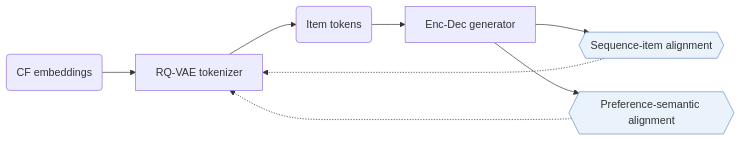
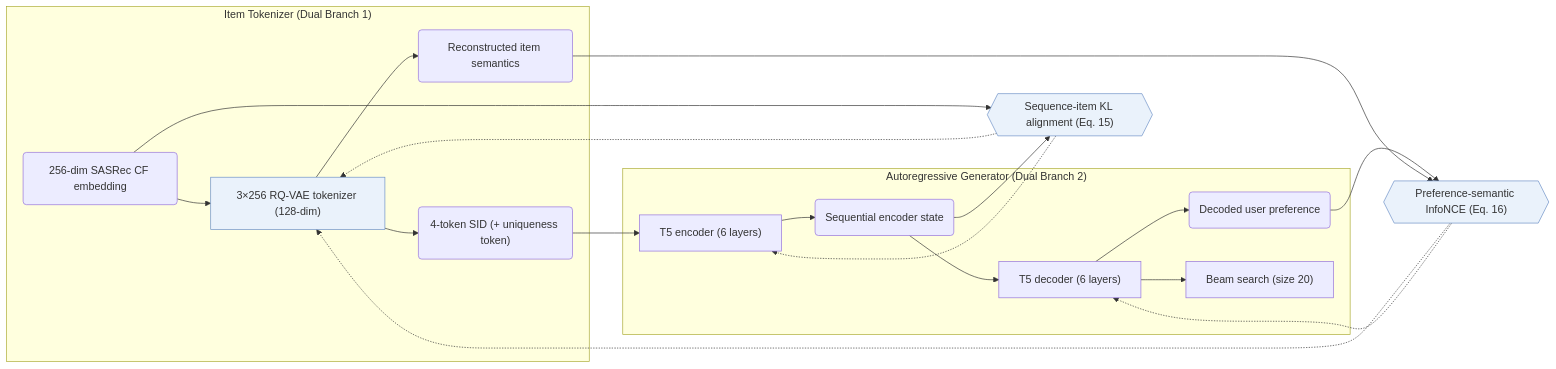
One commit to Galaxy-ghost/Awesome-SID-Generative-Rec changed the first of 2 diagrams in notes/etegrec.md. Above: the diagram before and after it, drawn with Mermaid. The commit also changed other lines of this file and 649 other files, not shown here.

Commit message:
writer-05: also tags and modality index (schema, check, build, visuals); summary field removed; calibration data for 12 papers

````diff
--- a/notes/etegrec.md
+++ b/notes/etegrec.md
@@ -13,11 +14,24 @@
 ```mermaid
 flowchart LR
-    A("CF embeddings") --> B["RQ-VAE tokenizer"]
-    B --> C("Item tokens")
-    C --> D["Enc-Dec generator"]
-    D --> L1{{"Sequence-item alignment"}}:::key
-    D --> L2{{"Preference-semantic alignment"}}:::key
+    subgraph Tok["Item Tokenizer (Dual Branch 1)"]
+        A("256-dim SASRec CF embedding") --> B["3×256 RQ-VAE tokenizer (128-dim)"]:::key
+        B --> C("4-token SID (+ uniqueness token)")
+        B --> Z("Reconstructed item semantics")
+    end
+    subgraph Gen["Autoregressive Generator (Dual Branch 2)"]
+        C --> Enc["T5 encoder (6 layers)"]
+        Enc --> S("Sequential encoder state")
+        S --> Dec["T5 decoder (6 layers)"]
+        Dec --> P("Decoded user preference")
+        Dec --> BM["Beam search (size 20)"]
+    end
+    S --> L1{{"Sequence-item KL alignment (Eq. 15)"}}:::key
+    A --> L1
+    P --> L2{{"Preference-semantic InfoNCE (Eq. 16)"}}:::key
+    Z --> L2
     L1 -.-> B
+    L1 -.-> Enc
     L2 -.-> B
+    L2 -.-> Dec
     classDef key fill:#eaf2fb,stroke:#6b8fc7
 ```
````
